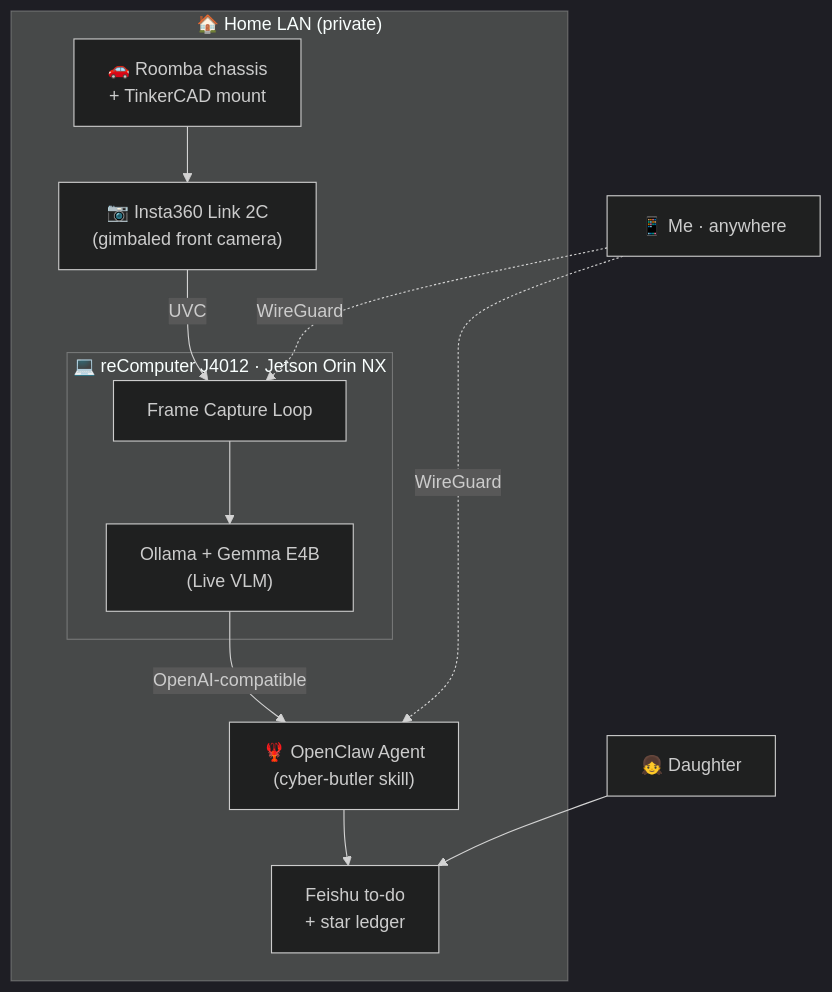
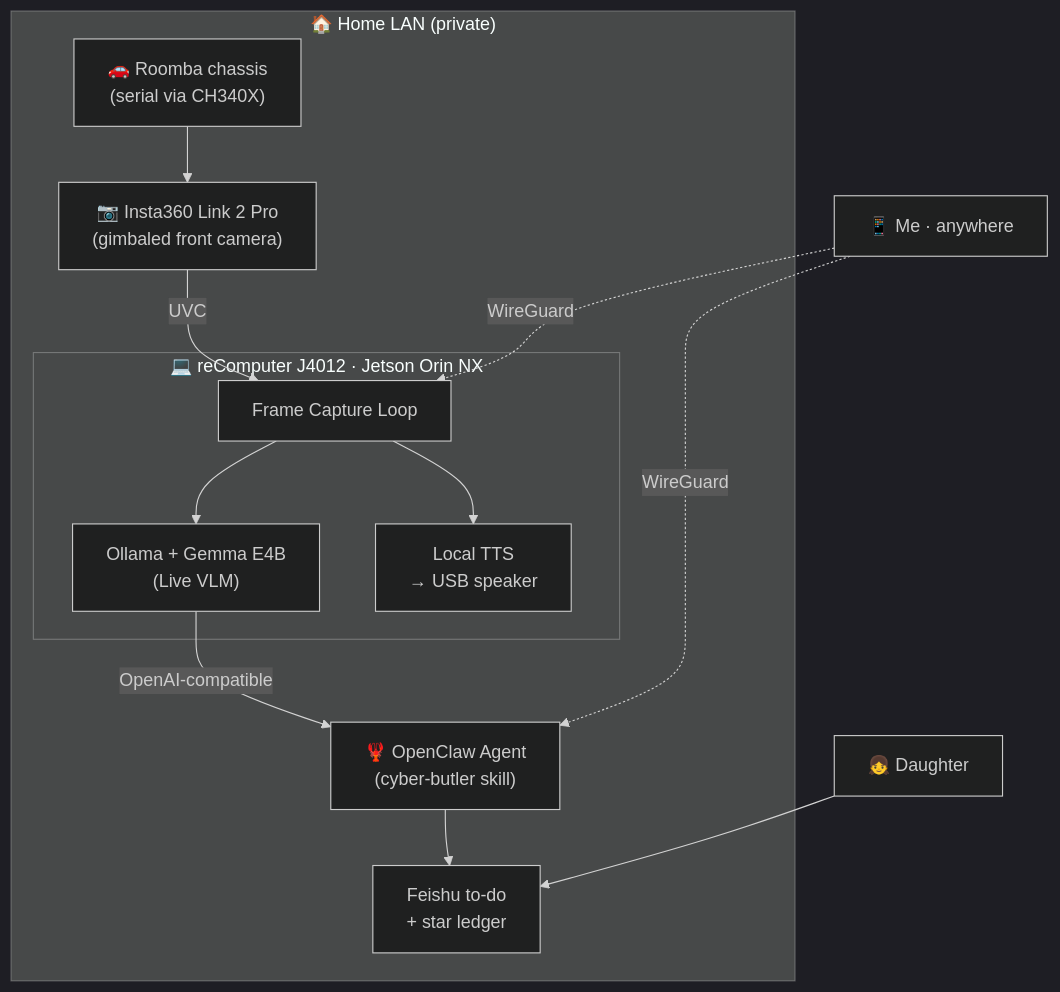
One commit to peterpanstechland/peterpanstechland.github.io changed the second of 2 diagrams in docs/hackathons/2026/roomba-vllm.md. Above: the diagram before and after it, drawn with Mermaid (dark theme). The commit also changed other lines of this file and 17 other files, not shown here.

````diff
--- a/docs/hackathons/2026/roomba-vllm.md
+++ b/docs/hackathons/2026/roomba-vllm.md
@@ -125,21 +182,22 @@
 ```mermaid
 graph TB
     subgraph home ["🏠 Home LAN (private)"]
-        Roomba["🚗 Roomba chassis<br/>+ TinkerCAD mount"]
-        Roomba --> Cam["📷 Insta360 Link 2C<br/>(gimbaled front camera)"]
+        Roomba["🚗 Roomba chassis<br/>(serial via CH340X)"]
+        Roomba --> Cam["📷 Insta360 Link 2 Pro<br/>(gimbaled front camera)"]
         Cam -->|"UVC"| Jetson
 
         subgraph jetson ["💻 reComputer J4012 · Jetson Orin NX"]
             Jetson["Frame Capture Loop"]
             Jetson --> Ollama["Ollama + Gemma E4B<br/>(Live VLM)"]
+            Jetson --> TTS["Local TTS<br/>→ USB speaker"]
         end
 
         Ollama -->|"OpenAI-compatible"| OpenClaw["🦞 OpenClaw Agent<br/>(cyber-butler skill)"]
         OpenClaw --> Feishu["Feishu to-do<br/>+ star ledger"]
     end
 
     Phone["📱 Me · anywhere"] -.->|"WireGuard"| OpenClaw
     Phone -.->|"WireGuard"| Jetson
 
     Kid["👧 Daughter"] --> Feishu
 ```
````
